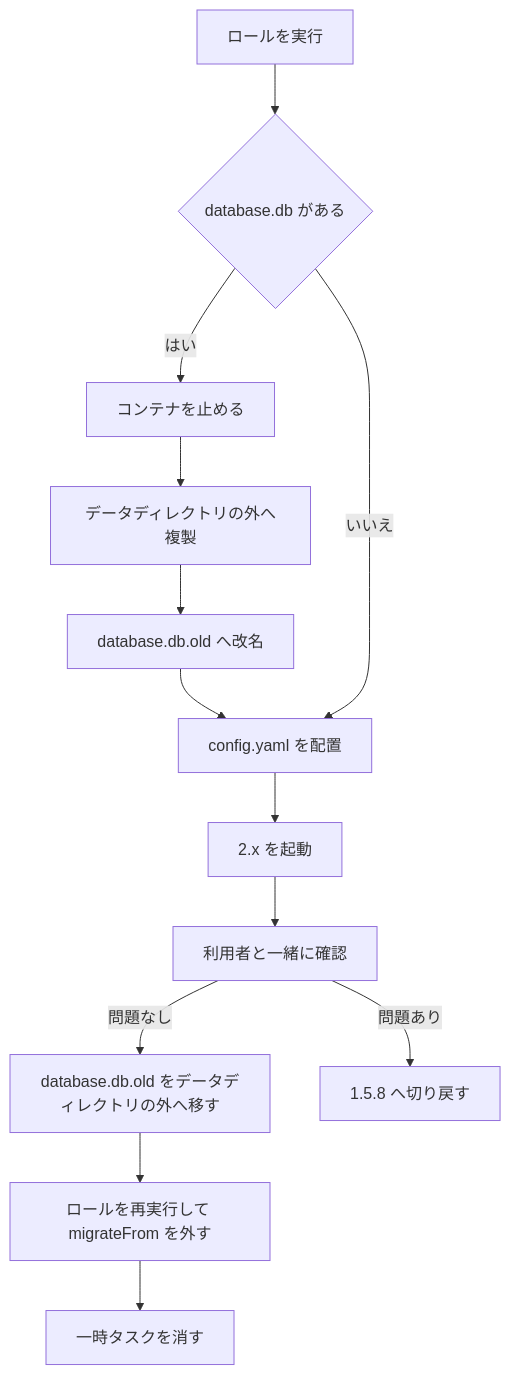
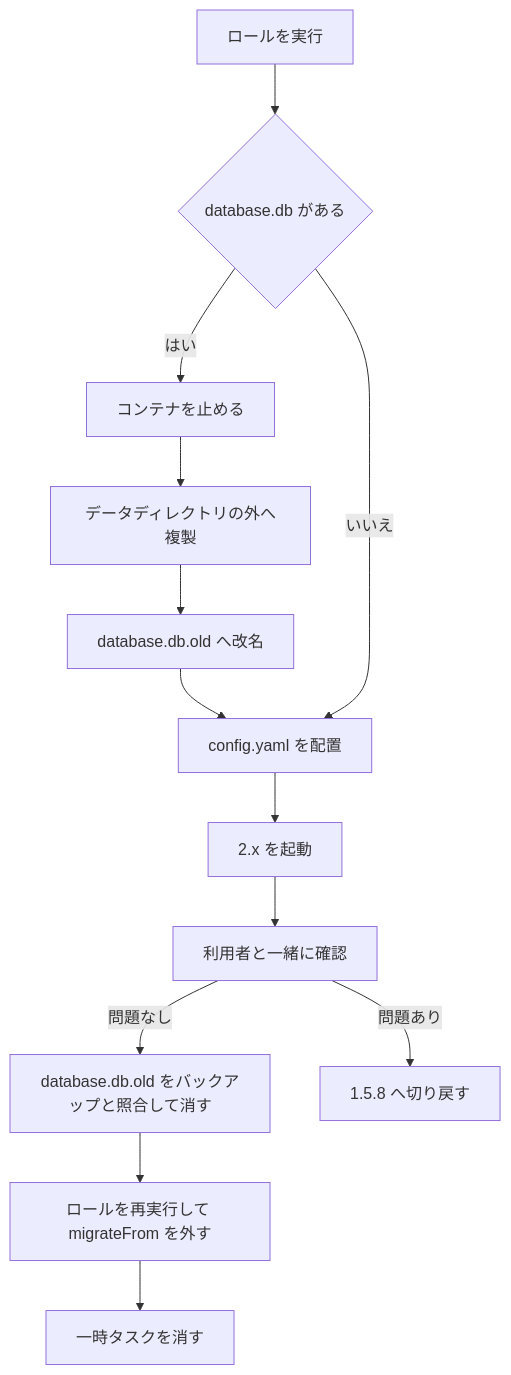
One commit to rewse/ansible-playbooks changed the diagram in docs/superpowers/specs/2026-10-25-filebrowser-v2-upgrade-design.md. Above: the diagram before and after it, drawn with Mermaid. The commit also changed other lines of this file and 1 other file, not shown here.

````diff
--- a/docs/superpowers/specs/2026-10-25-filebrowser-v2-upgrade-design.md
+++ b/docs/superpowers/specs/2026-10-25-filebrowser-v2-upgrade-design.md
@@ -63,15 +63,15 @@
 ```mermaid
 flowchart TD
   run[ロールを実行] --> hasV1{database.db がある}
   hasV1 -->|はい| stop[コンテナを止める]
   stop --> backup[データディレクトリの外へ複製]
   backup --> rename[database.db.old へ改名]
   rename --> config
   hasV1 -->|いいえ| config[config.yaml を配置]
   config --> start[2.x を起動]
   start --> verify[利用者と一緒に確認]
-  verify -->|問題なし| moveOld[database.db.old をデータディレクトリの外へ移す]
+  verify -->|問題なし| moveOld[database.db.old をバックアップと照合して消す]
   moveOld --> rerun[ロールを再実行して migrateFrom を外す]
   rerun --> cleanup[一時タスクを消す]
   verify -->|問題あり| rollback[1.5.8 へ切り戻す]
 ```
````
